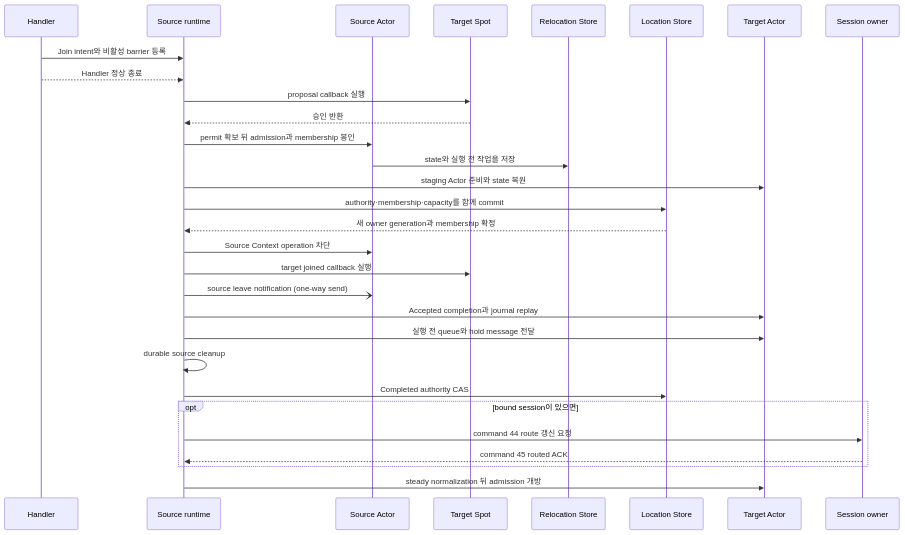
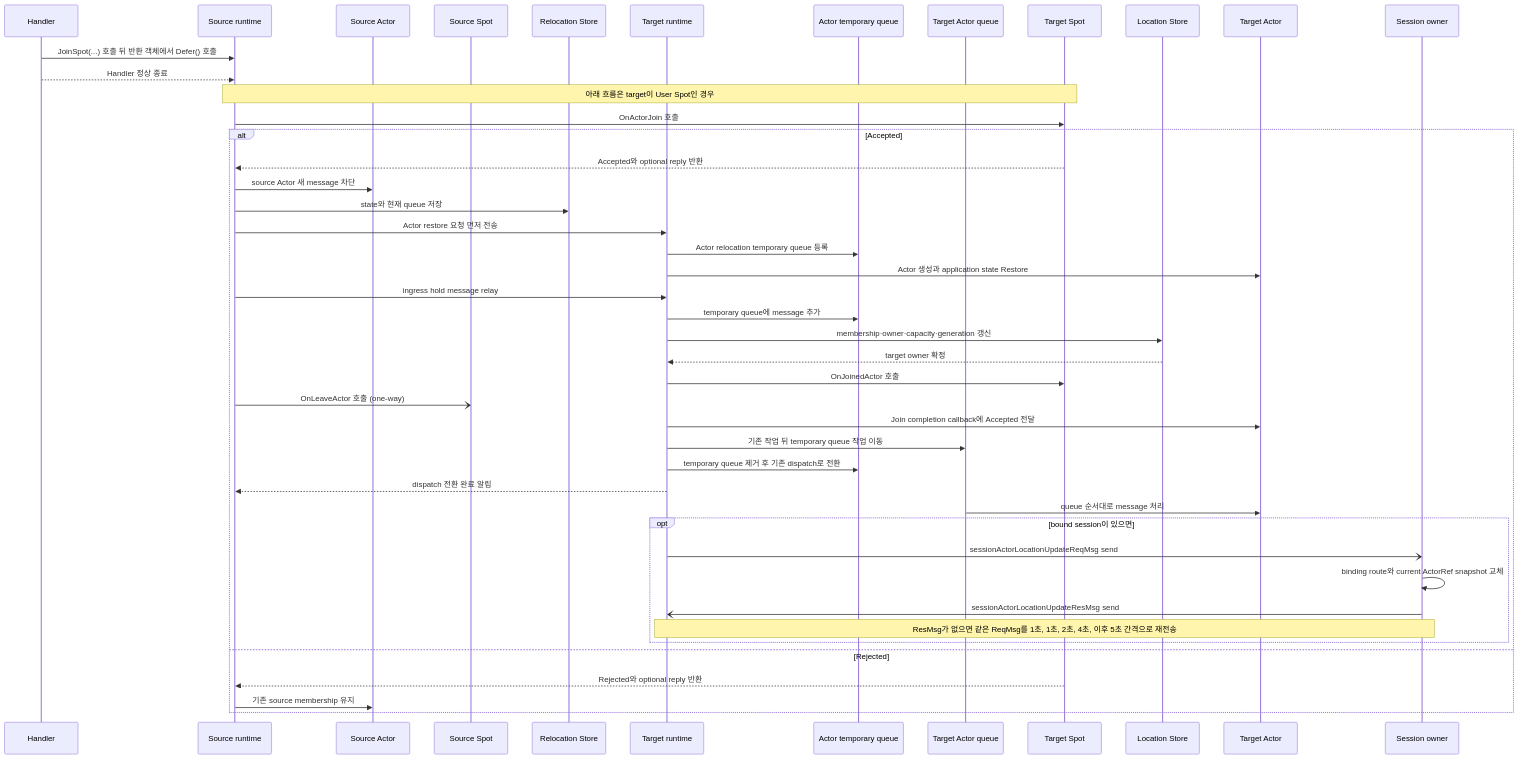
One commit to kairos-code-dev/zlink changed the second of 3 diagrams in framework/doc/framework/common/spec/15-spot-actor.ko.md. Above: the diagram before and after it, drawn with Mermaid. The commit also changed other lines of this file and 262 other files, not shown here.

````diff
--- a/framework/doc/framework/common/spec/15-spot-actor.ko.md
+++ b/framework/doc/framework/common/spec/15-spot-actor.ko.md
@@ -424,33 +456,48 @@
 ```mermaid
 sequenceDiagram
     participant Handler
     participant SourceRuntime as Source runtime
     participant SourceActor as Source Actor
+    participant SourceSpot as Source Spot
+    participant RelocationStore as Relocation Store
+    participant TargetRuntime as Target runtime
+    participant TargetTemp as Actor temporary queue
+    participant TargetQueue as Target Actor queue
     participant TargetSpot as Target Spot
-    participant RelocationStore as Relocation Store
     participant LocationStore as Location Store
     participant TargetActor as Target Actor
     participant SessionOwner as Session owner
 
-    Handler->>SourceRuntime: Join intent와 비활성 barrier 등록
+    Handler->>SourceRuntime: JoinSpot(...) 호출 뒤 반환 객체에서 Defer() 호출
     Handler-->>SourceRuntime: Handler 정상 종료
-    SourceRuntime->>TargetSpot: proposal callback 실행
-    TargetSpot-->>SourceRuntime: 승인 반환
-    SourceRuntime->>SourceActor: permit 확보 뒤 admission과 membership 봉인
-    SourceActor->>RelocationStore: state와 실행 전 작업을 저장
-    SourceRuntime->>TargetActor: staging Actor 준비와 state 복원
-    SourceRuntime->>LocationStore: authority·membership·capacity를 함께 commit
-    LocationStore-->>SourceRuntime: 새 owner generation과 membership 확정
-    SourceRuntime->>SourceActor: Source Context operation 차단
-    SourceRuntime->>TargetSpot: target joined callback 실행
-    SourceRuntime-)SourceActor: source leave notification (one-way send)
-    SourceRuntime->>TargetActor: Accepted completion과 journal replay
-    SourceRuntime->>TargetActor: 실행 전 queue와 hold message 전달
-    SourceRuntime->>SourceRuntime: durable source cleanup
-    SourceRuntime->>LocationStore: Completed authority CAS
-    opt bound session이 있으면
-        SourceRuntime->>SessionOwner: command 44 route 갱신 요청
-        SessionOwner-->>SourceRuntime: command 45 routed ACK
+    Note over SourceRuntime,TargetSpot: 아래 흐름은 target이 User Spot인 경우
+    SourceRuntime->>TargetSpot: OnActorJoin 호출
+    alt Accepted
+        TargetSpot-->>SourceRuntime: Accepted와 optional reply 반환
+        SourceRuntime->>SourceActor: source Actor 새 message 차단
+        SourceRuntime->>RelocationStore: state와 현재 queue 저장
+        SourceRuntime->>TargetRuntime: Actor restore 요청 먼저 전송
+        TargetRuntime->>TargetTemp: Actor relocation temporary queue 등록
+        TargetRuntime->>TargetActor: Actor 생성과 application state Restore
+        SourceRuntime->>TargetRuntime: ingress hold message relay
+        TargetRuntime->>TargetTemp: temporary queue에 message 추가
+        TargetRuntime->>LocationStore: membership·owner·capacity·generation 갱신
+        LocationStore-->>TargetRuntime: target owner 확정
+        TargetRuntime->>TargetSpot: OnJoinedActor 호출
+        SourceRuntime-)SourceSpot: OnLeaveActor 호출 (one-way)
+        TargetRuntime->>TargetActor: Join completion callback에 Accepted 전달
+        TargetRuntime->>TargetQueue: 기존 작업 뒤 temporary queue 작업 이동
+        TargetRuntime->>TargetTemp: temporary queue 제거 후 기존 dispatch로 전환
+        TargetRuntime-->>SourceRuntime: dispatch 전환 완료 알림
+        TargetQueue->>TargetActor: queue 순서대로 message 처리
+        opt bound session이 있으면
+            TargetRuntime-)SessionOwner: sessionActorLocationUpdateReqMsg send
+            SessionOwner->>SessionOwner: binding route와 current ActorRef snapshot 교체
+            SessionOwner-)TargetRuntime: sessionActorLocationUpdateResMsg send
+            Note over TargetRuntime,SessionOwner: ResMsg가 없으면 같은 ReqMsg를 1초, 1초, 2초, 4초, 이후 5초 간격으로 재전송
+        end
+    else Rejected
+        TargetSpot-->>SourceRuntime: Rejected와 optional reply 반환
+        SourceRuntime->>SourceActor: 기존 source membership 유지
     end
-    SourceRuntime->>TargetActor: steady normalization 뒤 admission 개방
 ```
````
